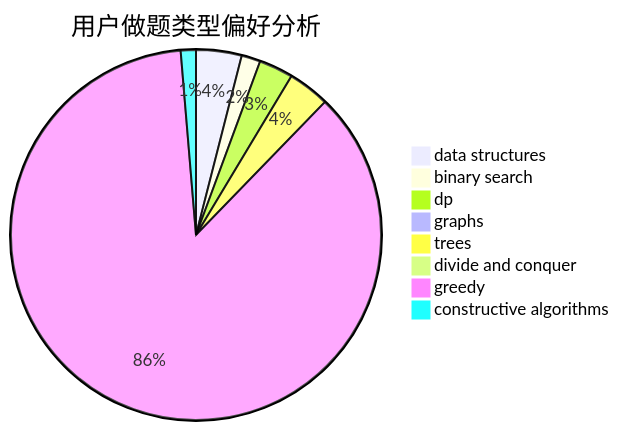
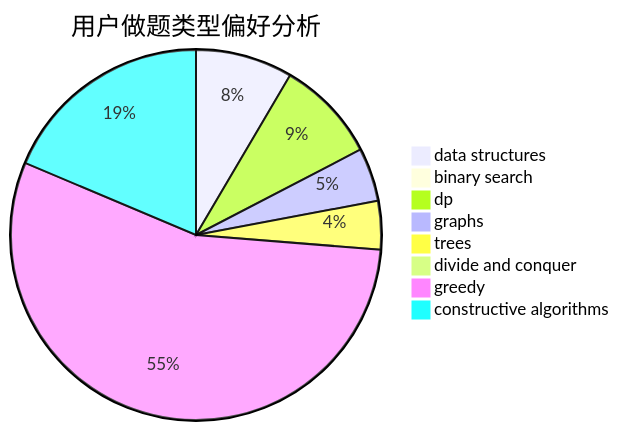
Before and after one commit to sherpahu/cfrs.github.io: the second of 3 diagrams in docs/user/u1453.md, drawn with Mermaid. The commit also changed other lines of this file and 2770 other files, not shown here.

````diff
--- a/docs/user/u1453.md
+++ b/docs/user/u1453.md
@@ -23,11 +23,11 @@
 ```mermaid
 pie title 用户做题类型偏好分析
-    "data structures" :  12
-    "binary search" :  5
-    "dp" :  9
-    "graphs" :  2
-    "trees" :  11
-    "divide and conquer" :  1
-    "greedy" :  261
-    "constructive algorithms" :  4
+    "data structures" :  20
+    "binary search" :  1
+    "dp" :  21
+    "graphs" :  11
+    "trees" :  10
+    "divide and conquer" :  0
+    "greedy" :  130
+    "constructive algorithms" :  44
 ```
````
